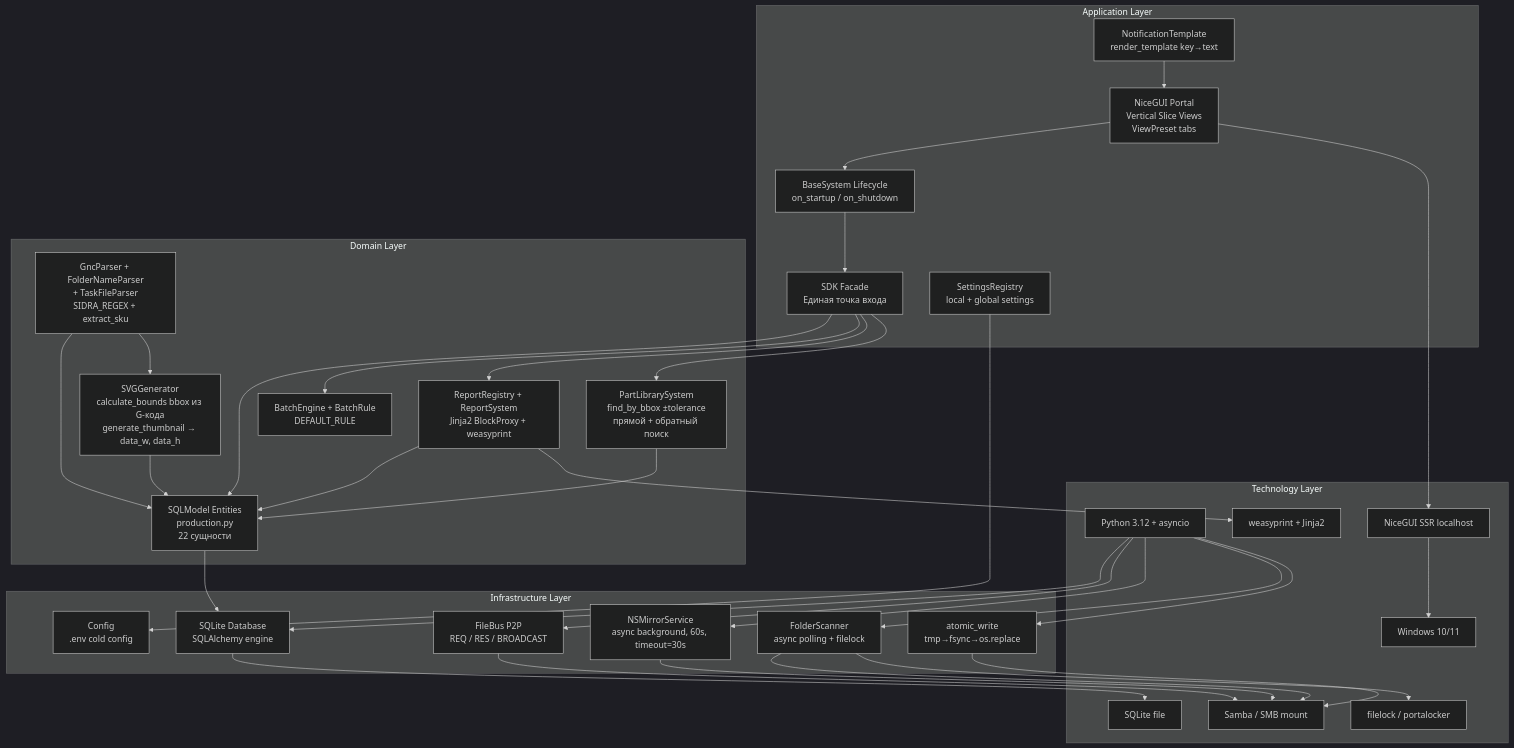
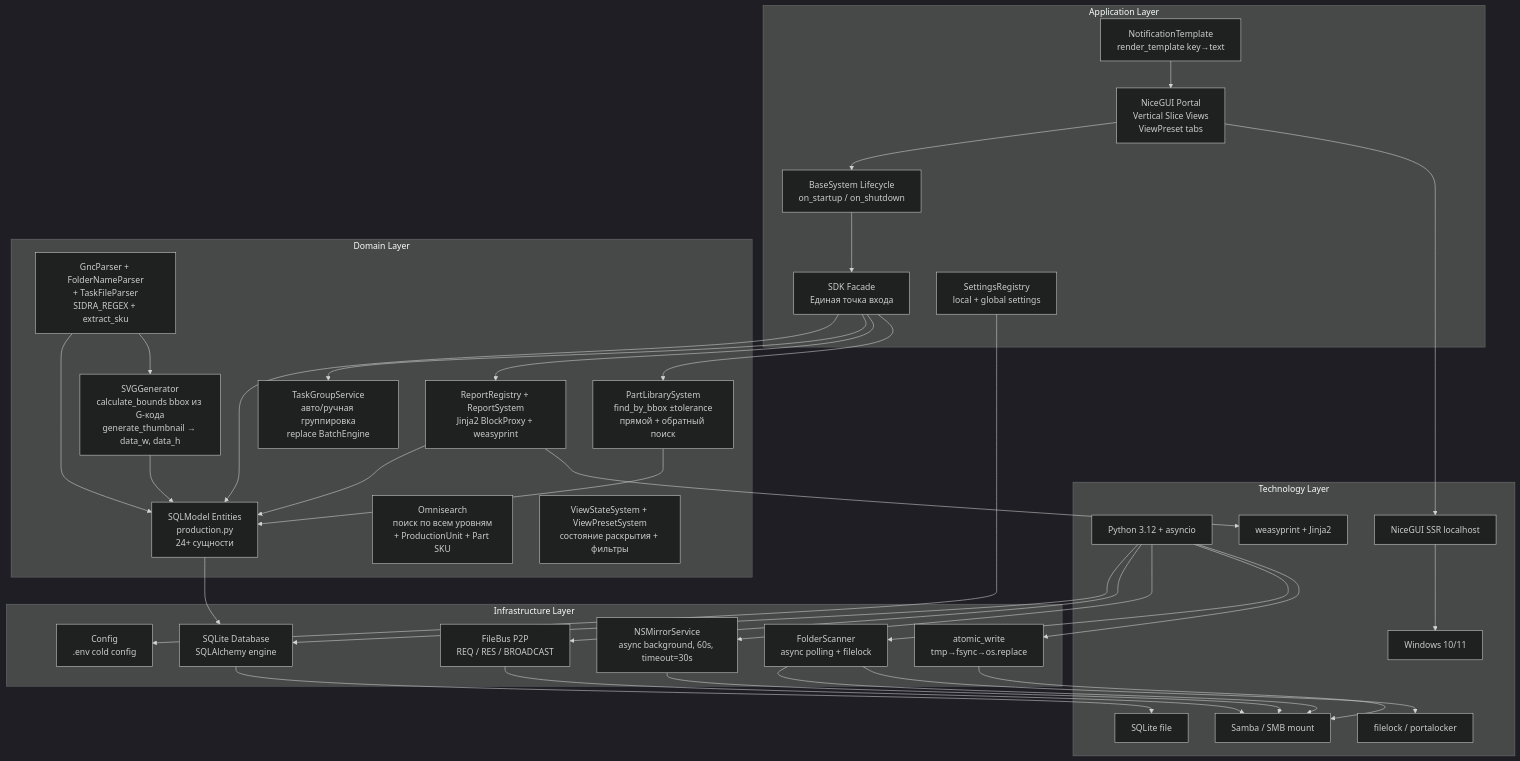
One commit to Sanali209/DocuFlow- changed the seventh of 9 diagrams in docs/arhitecture_2/04_c4_archimate.md. Above: the diagram before and after it, drawn with Mermaid (dark theme). The commit also changed other lines of this file and 43 other files, not shown here.

First line of the commit message:
fix: resolve batch_group_id leak, migrate deprecated modules, fix SQLModel mypy errors

````diff
--- a/docs/arhitecture_2/04_c4_archimate.md
+++ b/docs/arhitecture_2/04_c4_archimate.md
@@ -279,67 +284,69 @@
 ```mermaid
 graph TB
   subgraph "Application Layer"
     A1[NiceGUI Portal<br/>Vertical Slice Views<br/>ViewPreset tabs]
     A2[BaseSystem Lifecycle<br/>on_startup / on_shutdown]
     A3[SDK Facade<br/>Единая точка входа]
     A4[SettingsRegistry<br/>local + global settings]
     A5[NotificationTemplate<br/>render_template key→text]
   end
 
   subgraph "Domain Layer"
-    B1[SQLModel Entities<br/>production.py<br/>22 сущности]
+    B1[SQLModel Entities<br/>production.py<br/>24+ сущности]
     B2[GncParser + FolderNameParser<br/>+ TaskFileParser<br/>SIDRA_REGEX + extract_sku]
-    B3[BatchEngine + BatchRule<br/>DEFAULT_RULE]
+    B3[TaskGroupService<br/>авто/ручная группировка<br/>replace BatchEngine]
     B4[SVGGenerator<br/>calculate_bounds bbox из G-кода<br/>generate_thumbnail → data_w, data_h]
     B5[ReportRegistry + ReportSystem<br/>Jinja2 BlockProxy + weasyprint]
     B6[PartLibrarySystem<br/>find_by_bbox ±tolerance<br/>прямой + обратный поиск]
+    B7[Omnisearch<br/>поиск по всем уровням<br/>+ ProductionUnit + Part SKU]
+    B8[ViewStateSystem + ViewPresetSystem<br/>состояние раскрытия + фильтры]
   end
 
   subgraph "Infrastructure Layer"
     C1[SQLite Database<br/>SQLAlchemy engine]
     C2[FileBus P2P<br/>REQ / RES / BROADCAST]
     C3[NSMirrorService<br/>async background, 60s, timeout=30s]
     C4[FolderScanner<br/>async polling + filelock]
     C5[Config<br/>.env cold config]
     C6[atomic_write<br/>tmp→fsync→os.replace]
   end
 
   subgraph "Technology Layer"
     D1[Windows 10/11]
     D2[Python 3.12 + asyncio]
     D3[Samba / SMB mount]
     D4[SQLite file]
     D5[NiceGUI SSR localhost]
     D6[filelock / portalocker]
     D7[weasyprint + Jinja2]
   end
 
   A1 --> A2
   A2 --> A3
   A3 --> B1
   A3 --> B3
   A3 --> B5
   A3 --> B6
   A5 --> A1
   B2 --> B1
   B2 --> B4
   B4 --> B1
   B5 --> B1
   B6 --> B1
   A4 --> C5
   B1 --> C1
   B5 --> D7
   C2 --> D3
   C3 --> D3
   C4 --> D3
   C4 --> D6
   C6 --> D3
   C1 --> D4
   A1 --> D5
   D5 --> D1
   D2 --> C1
   D2 --> C2
   D2 --> C3
   D2 --> C4
   D2 --> C6
 ```
````
